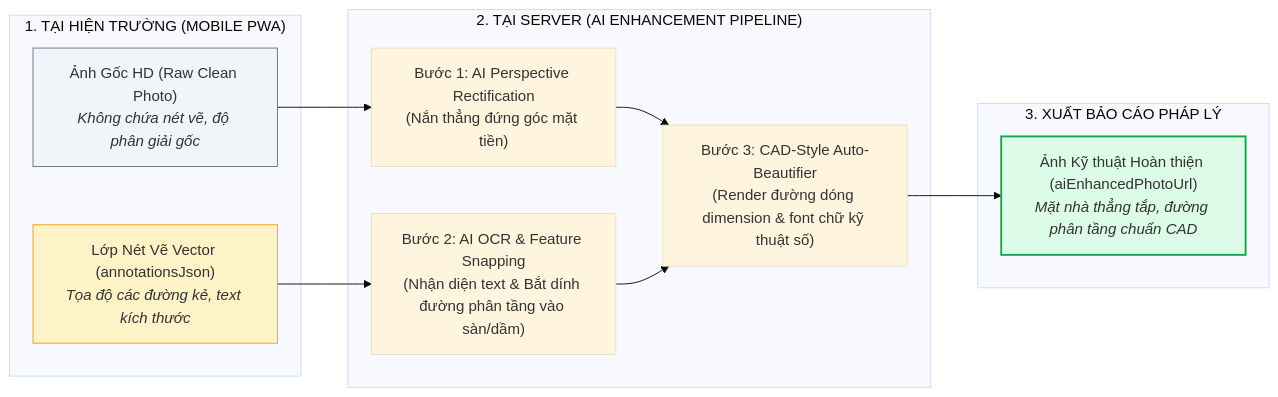
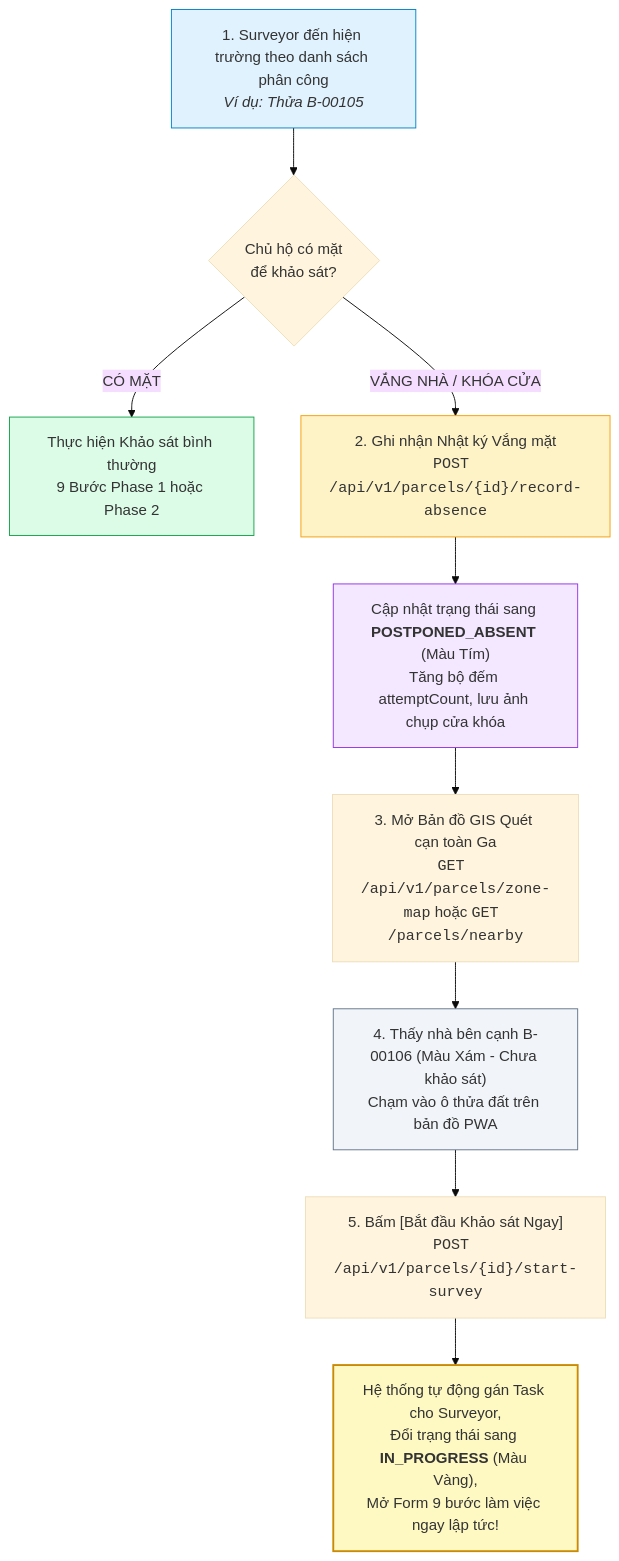
The diagram in srs/notchange/Business_Logic.md (Vqd2k6/BCR-System), drawn with Mermaid (base theme) before and after one commit. The commit also changed other lines of this file, not shown here.

Commit message:
docs(business-logic): add Section 7 Ad-hoc Sweep Survey and Absence Handling

````diff
--- a/srs/notchange/Business_Logic.md
+++ b/srs/notchange/Business_Logic.md
@@ -112,27 +137,21 @@
 ```mermaid
-graph LR
-    subgraph INPUT["1. TẠI HIỆN TRƯỜNG (MOBILE PWA)"]
-        RAW["Ảnh Gốc HD (Raw Clean Photo)<br/><i>Không chứa nét vẽ, độ phân giải gốc</i>"]
-        VECTOR["Lớp Nét Vẽ Vector (annotationsJson)<br/><i>Tọa độ các đường kẻ, text kích thước</i>"]
-    end
-
-    subgraph SERVER_AI["2. TẠI SERVER (AI ENHANCEMENT PIPELINE)"]
-        AI_RECTIFY["Bước 1: AI Perspective Rectification<br/>(Nắn thẳng đứng góc mặt tiền)"]
-        AI_OCR["Bước 2: AI OCR & Feature Snapping<br/>(Nhận diện text & Bắt dính đường phân tầng vào sàn/dầm)"]
-        AI_CAD["Bước 3: CAD-Style Auto-Beautifier<br/>(Render đường dóng dimension & font chữ kỹ thuật số)"]
-    end
-
-    subgraph OUTPUT["3. XUẤT BẢO CÁO PHÁP LÝ"]
-        FINAL_IMG["Ảnh Kỹ thuật Hoàn thiện (aiEnhancedPhotoUrl)<br/><i>Mặt nhà thẳng tắp, đường phân tầng chuẩn CAD</i>"]
-    end
-
-    RAW --> AI_RECTIFY
-    VECTOR --> AI_OCR
-    AI_RECTIFY --> AI_CAD
-    AI_OCR --> AI_CAD
-    AI_CAD --> FINAL_IMG
-
-    style RAW fill:#f1f5f9,stroke:#64748b
-    style VECTOR fill:#fef3c7,stroke:#f59e0b
-    style FINAL_IMG fill:#dcfce7,stroke:#16a34a,stroke-width:2px
+graph TD
+    A["1. Surveyor đến hiện trường theo danh sách phân công<br><i>Ví dụ: Thửa B-00105</i>"] --> B{"Chủ hộ có mặt<br>để khảo sát?"}
+    
+    B -- "CÓ MẶT" --> C["Thực hiện Khảo sát bình thường<br>9 Bước Phase 1 hoặc Phase 2"]
+    
+    B -- "VẮNG NHÀ / KHÓA CỬA" --> D["2. Ghi nhận Nhật ký Vắng mặt<br><code>POST /api/v1/parcels/{id}/record-absence</code>"]
+    D --> E["Cập nhật trạng thái sang <b>POSTPONED_ABSENT</b> (Màu Tím)<br>Tăng bộ đếm attemptCount, lưu ảnh chụp cửa khóa"]
+    
+    E --> F["3. Mở Bản đồ GIS Quét cạn toàn Ga<br><code>GET /api/v1/parcels/zone-map</code> hoặc <code>GET /parcels/nearby</code>"]
+    F --> G["4. Thấy nhà bên cạnh B-00106 (Màu Xám - Chưa khảo sát)<br>Chạm vào ô thửa đất trên bản đồ PWA"]
+    G --> H["5. Bấm [Bắt đầu Khảo sát Ngay]<br><code>POST /api/v1/parcels/{id}/start-survey</code>"]
+    H --> I["Hệ thống tự động gán Task cho Surveyor,<br>Đổi trạng thái sang <b>IN_PROGRESS</b> (Màu Vàng),<br>Mở Form 9 bước làm việc ngay lập tức!"]
+    
+    style A fill:#e0f2fe,stroke:#0284c7
+    style C fill:#dcfce7,stroke:#16a34a
+    style D fill:#fef3c7,stroke:#f59e0b
+    style E fill:#f3e8ff,stroke:#9333ea
+    style G fill:#f1f5f9,stroke:#64748b
+    style I fill:#fef9c3,stroke:#ca8a04,stroke-width:2px
 ```
````
